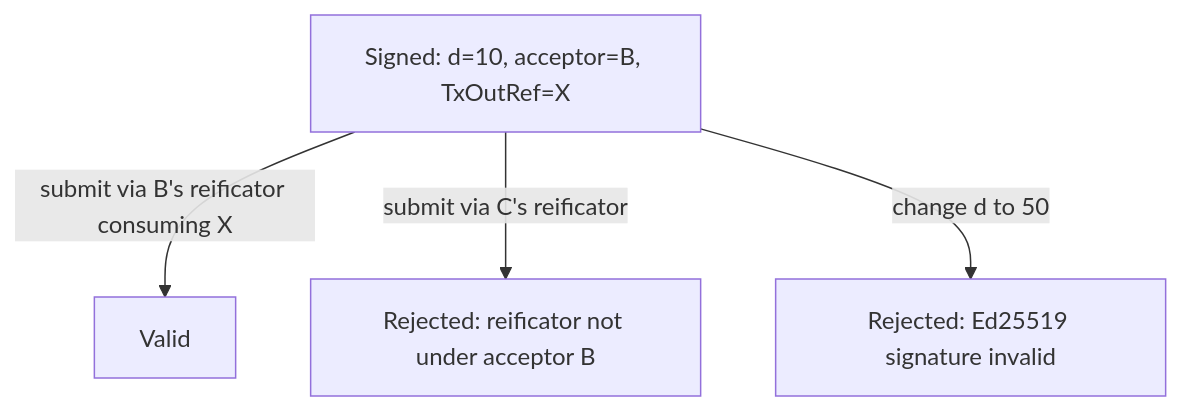
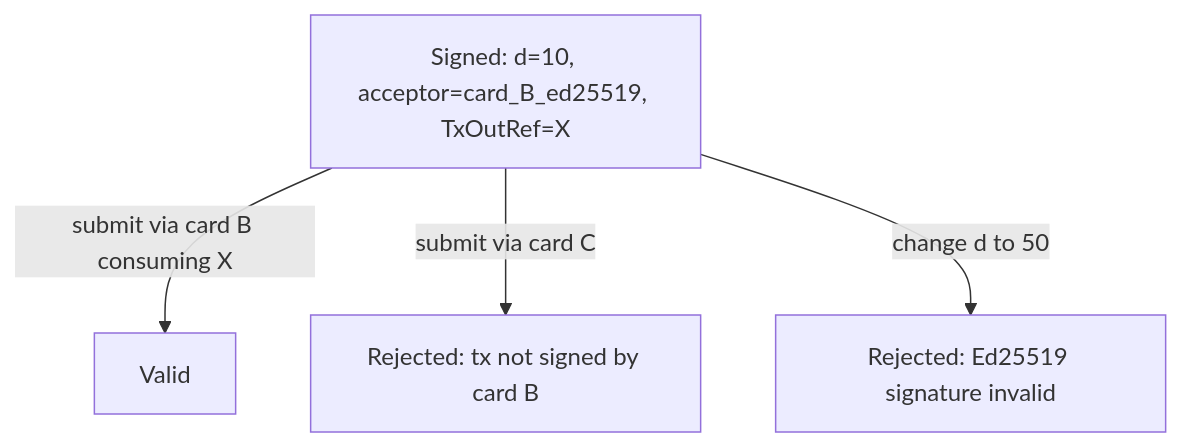
Before and after one commit to lambdasistemi/harvest: the second of 4 diagrams in docs/protocol/security.md, drawn with Mermaid. The commit also changed other lines of this file and 9 other files, not shown here.

````diff
--- a/docs/protocol/security.md
+++ b/docs/protocol/security.md
@@ -85,6 +85,6 @@
 ```mermaid
 graph TD
-    PROOF["Signed: d=10, acceptor=B, TxOutRef=X"] -->|submit via B's reificator consuming X| OK[Valid]
-    PROOF -->|submit via C's reificator| FAIL[Rejected: reificator not under acceptor B]
+    PROOF["Signed: d=10, acceptor=card_B_ed25519, TxOutRef=X"] -->|submit via card B consuming X| OK[Valid]
+    PROOF -->|submit via card C| FAIL[Rejected: tx not signed by card B]
     PROOF -->|change d to 50| FAIL2[Rejected: Ed25519 signature invalid]
 ```
````
